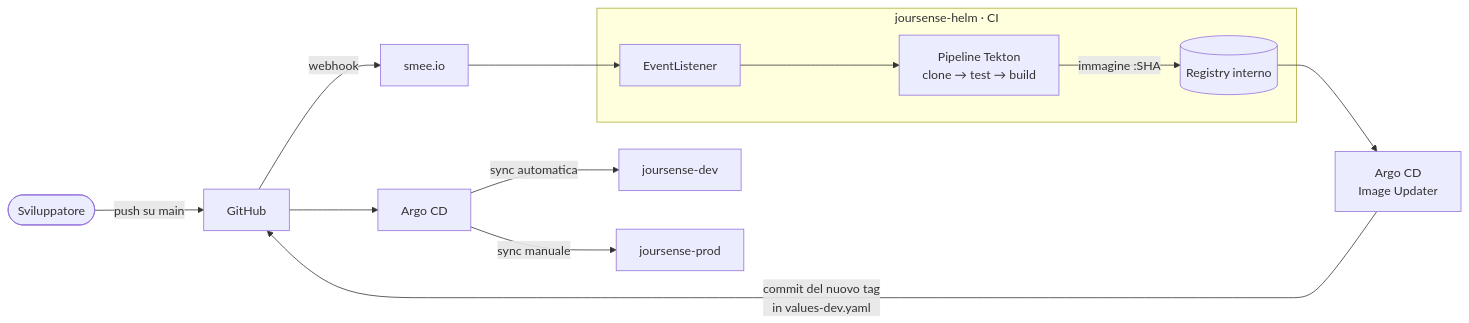
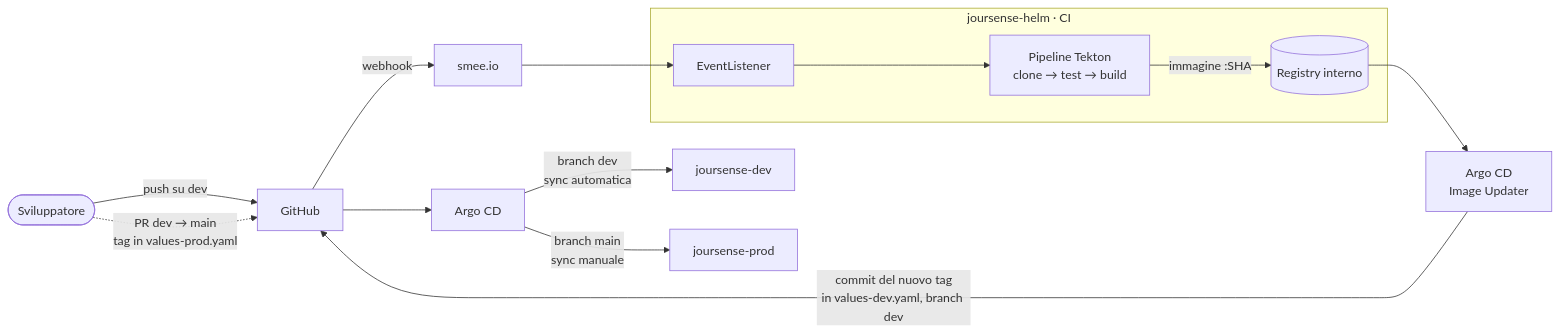
One commit to robertaconti2506/Esercizi_extra changed the diagram in README.md. Above: the diagram before and after it, drawn with Mermaid. The commit also changed other lines of this file and 5 other files, not shown here.

Commit message:
documentazione: flusso con branch dev

````diff
--- a/README.md
+++ b/README.md
@@ -18,18 +18,19 @@
 ```mermaid
 flowchart LR
-    dev([Sviluppatore]) -->|push su main| gh[GitHub]
+    dev([Sviluppatore]) -->|push su dev| gh[GitHub]
     gh -->|webhook| smee[smee.io]
     smee --> el[EventListener]
 
     subgraph ci [joursense-helm · CI]
         el --> pl[Pipeline Tekton<br/>clone → test → build]
         pl -->|immagine :SHA| reg[(Registry interno)]
     end
 
     reg --> iu[Argo CD<br/>Image Updater]
-    iu -->|commit del nuovo tag<br/>in values-dev.yaml| gh
+    iu -->|commit del nuovo tag<br/>in values-dev.yaml, branch dev| gh
+    dev -.->|PR dev → main<br/>tag in values-prod.yaml| gh
 
     gh --> argo[Argo CD]
-    argo -->|sync automatica| d[joursense-dev]
-    argo -->|sync manuale| p[joursense-prod]
+    argo -->|branch dev<br/>sync automatica| d[joursense-dev]
+    argo -->|branch main<br/>sync manuale| p[joursense-prod]
 ```
````
